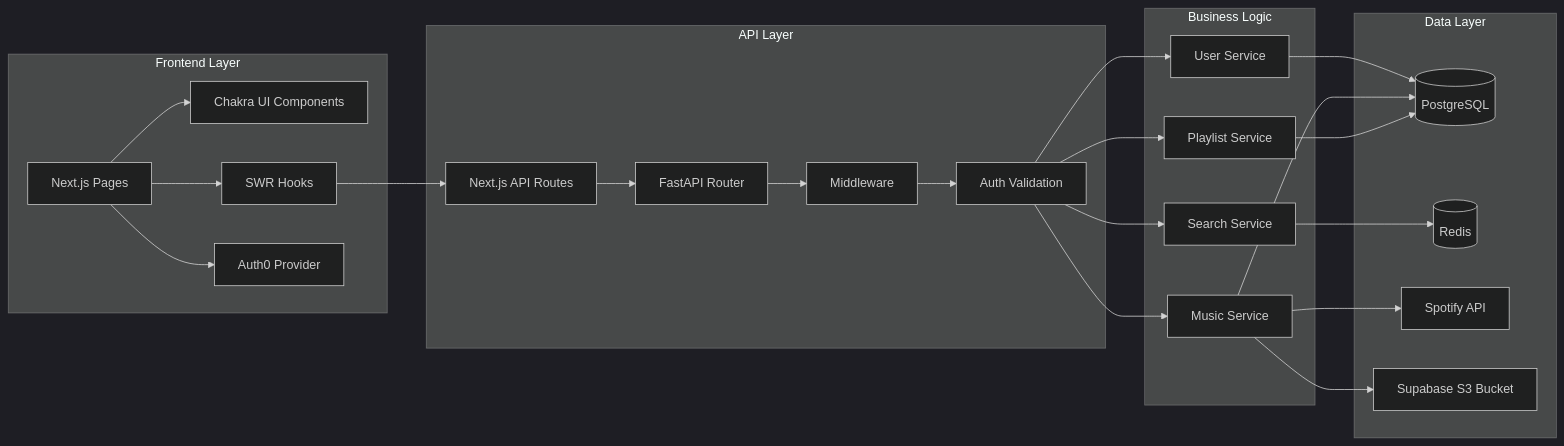
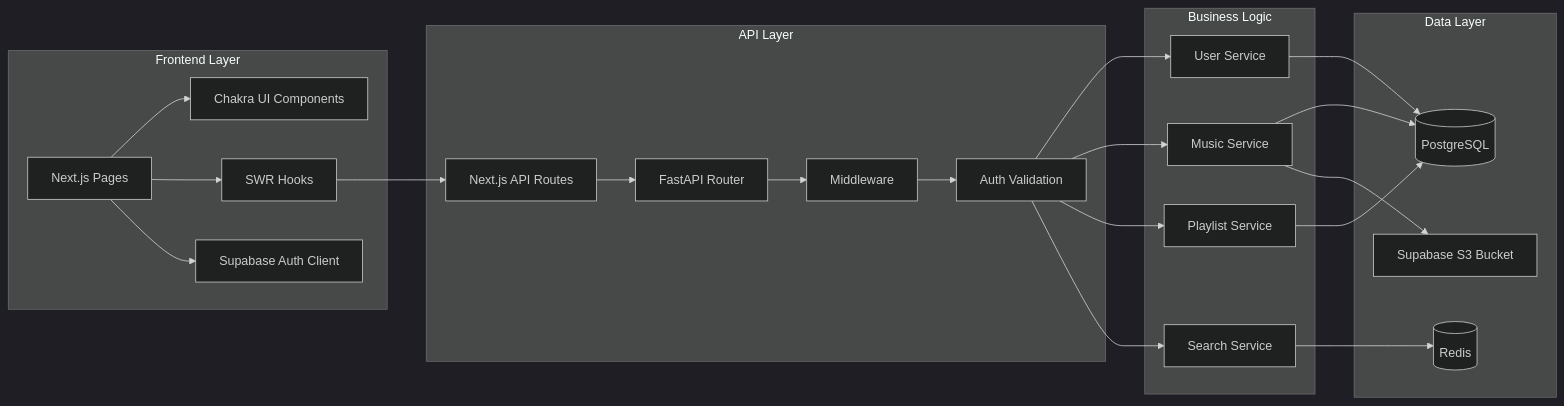
The second of 4 diagrams in backend/tests/docs/architecture.md (ars1mm/spotify-project), drawn with Mermaid before and after one commit. The commit also changed other lines of this file and 1 other file, not shown here.

Commit message:
Update README and architecture documentation to reflect Supabase Auth integration and remove Auth0 references

````diff
--- a/backend/tests/docs/architecture.md
+++ b/backend/tests/docs/architecture.md
@@ -45,50 +44,48 @@
 ```mermaid
 %%{init: { 'theme': 'dark', 'themeVariables': { 'background': '#000000' } } }%%
 graph LR
     subgraph "Frontend Layer"
         A[Next.js Pages]
         B[Chakra UI Components]
         C[SWR Hooks]
-        D[Auth0 Provider]
+        D[Supabase Auth Client]
     end
 
     subgraph "API Layer"
         E[Next.js API Routes]
         F[FastAPI Router]
         G[Middleware]
         H[Auth Validation]
     end
 
     subgraph "Business Logic"
         I[User Service]
         J[Music Service]
         K[Playlist Service]
         L[Search Service]
     end
 
     subgraph "Data Layer"
         M[(PostgreSQL)]
         N[(Redis)]
-        O[Spotify API]
         P[Supabase S3 Bucket]
     end
 
     A --> B
     A --> C
     A --> D
     C --> E
     E --> F
     F --> G
     G --> H
     H --> I
     H --> J
     H --> K
     H --> L
 
     I --> M
     J --> M
     K --> M
     L --> N
-    J --> O
     J --> P
 ```
````
